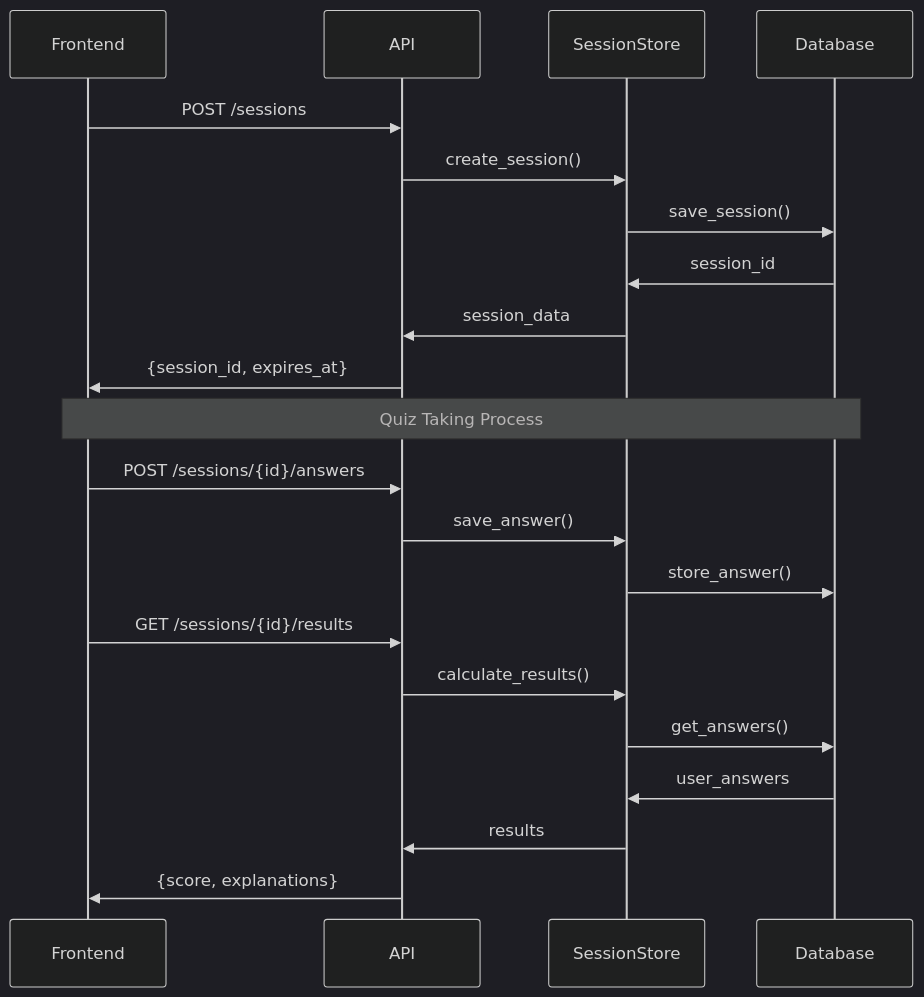
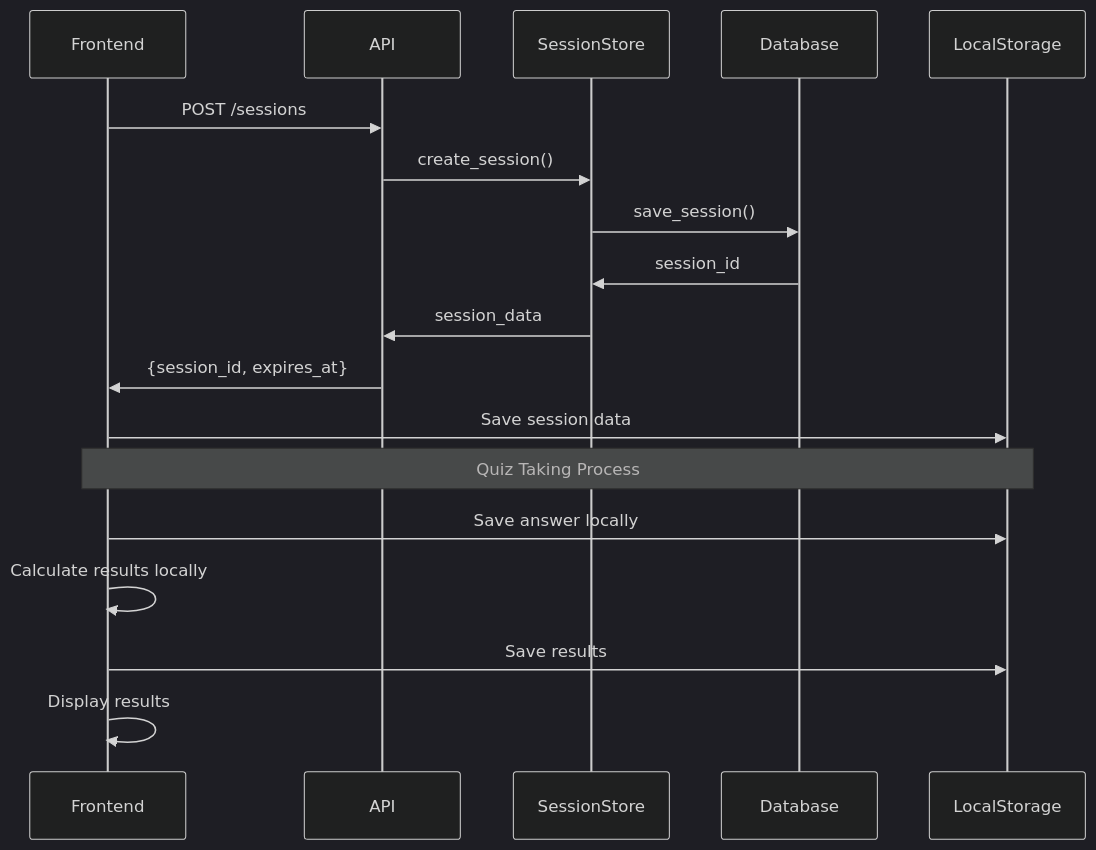
One commit to Misal-Ambasta/W5D3-RAG-Quiz-Generator changed the third of 7 diagrams in flow.md. Above: the diagram before and after it, drawn with Mermaid (dark theme). The commit also changed other lines of this file and 14 other files, not shown here.

````diff
--- a/flow.md
+++ b/flow.md
@@ -136,27 +137,24 @@
 ```mermaid
 sequenceDiagram
     participant F as Frontend
     participant A as API
     participant S as SessionStore
     participant DB as Database
+    participant LS as LocalStorage
     
     F->>A: POST /sessions
     A->>S: create_session()
     S->>DB: save_session()
     DB->>S: session_id
     S->>A: session_data
     A->>F: {session_id, expires_at}
+    F->>LS: Save session data
     
-    Note over F,DB: Quiz Taking Process
+    Note over F,LS: Quiz Taking Process
     
-    F->>A: POST /sessions/{id}/answers
-    A->>S: save_answer()
-    S->>DB: store_answer()
+    F->>LS: Save answer locally
     
-    F->>A: GET /sessions/{id}/results
-    A->>S: calculate_results()
-    S->>DB: get_answers()
-    DB->>S: user_answers
-    S->>A: results
-    A->>F: {score, explanations}
+    F->>F: Calculate results locally
+    F->>LS: Save results
+    F->>F: Display results
 ```
````
